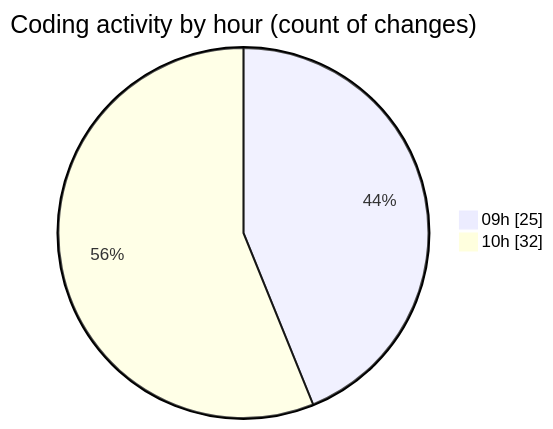
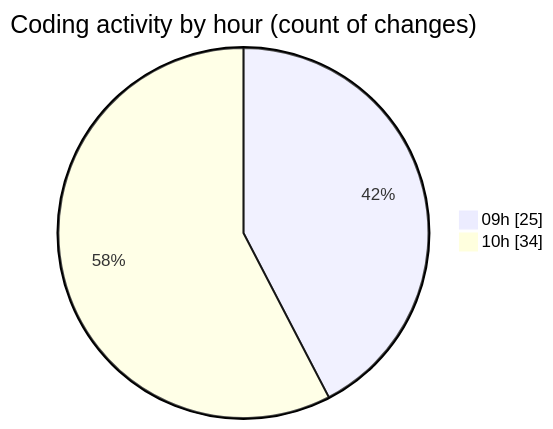
The second of 2 diagrams in 2025-08-22/cda/README.md (momahboobian/code-tracking), drawn with Mermaid before and after one commit. The commit also changed other lines of this file and 1 other file, not shown here.

````diff
--- a/2025-08-22/cda/README.md
+++ b/2025-08-22/cda/README.md
@@ -41,6 +42,6 @@
 ```mermaid
 pie showData
 title Coding activity by hour (count of changes)
 "09h" : 25
-"10h" : 32
+"10h" : 34
 ```
````
